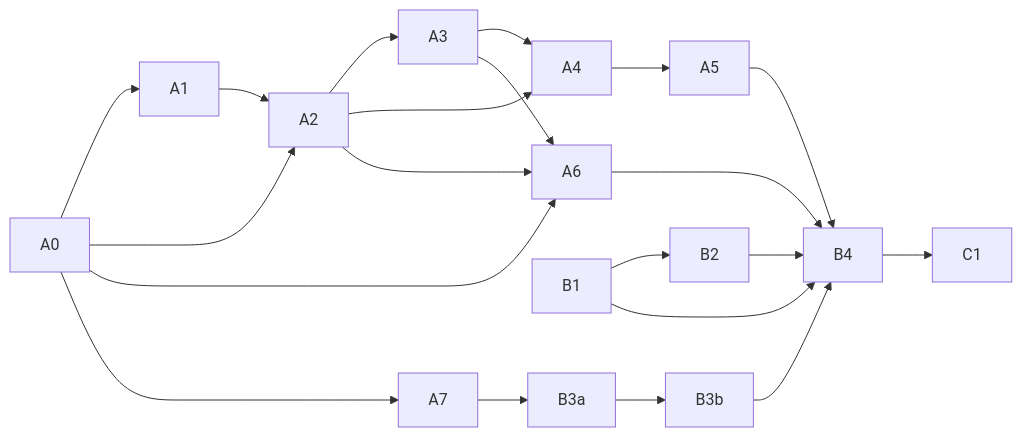
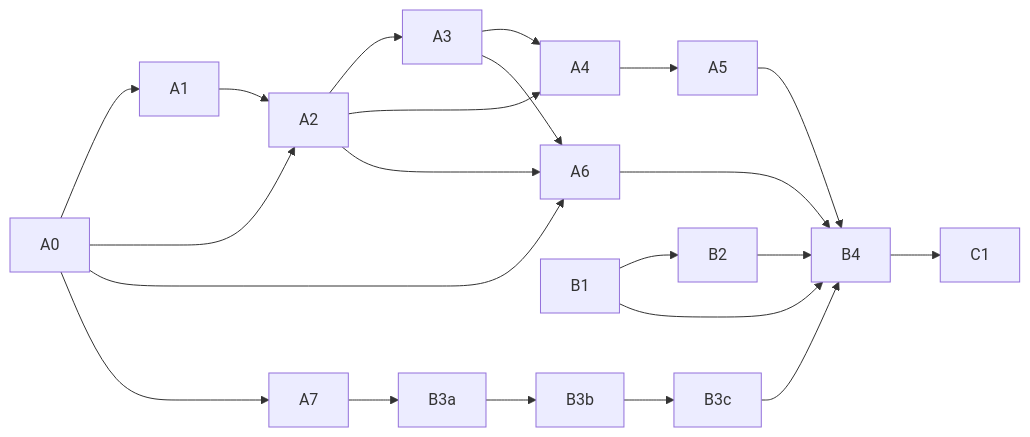
Before and after one commit to larsonzh/prfrail: the diagram in docs/t027/REMAINING_SLICES.md, drawn with Mermaid. The commit also changed other lines of this file and 11 other files, not shown here.

````diff
--- a/docs/t027/REMAINING_SLICES.md
+++ b/docs/t027/REMAINING_SLICES.md
@@ -52,23 +54,24 @@
 ```mermaid
 flowchart LR
     A0[A0] --> A1[A1]
     A0 --> A2[A2]
     A1 --> A2
     A2 --> A3[A3]
     A2 --> A4[A4]
     A3 --> A4
     A4 --> A5[A5]
     A0 --> A6[A6]
     A2 --> A6
     A3 --> A6
     A0 --> A7[A7]
     B1[B1] --> B2[B2]
     A7 --> B3a[B3a]
     B3a --> B3b[B3b]
+    B3b --> B3c[B3c]
     A5 --> B4[B4]
     A6 --> B4
     B1 --> B4
     B2 --> B4
-    B3b --> B4
+    B3c --> B4
     B4 --> C1[C1]
 ```
````
